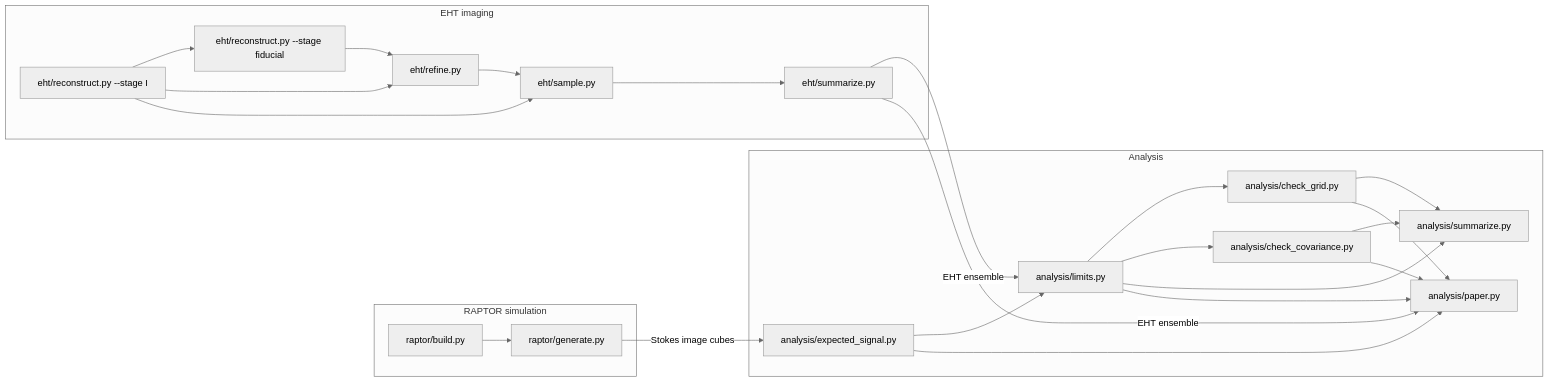
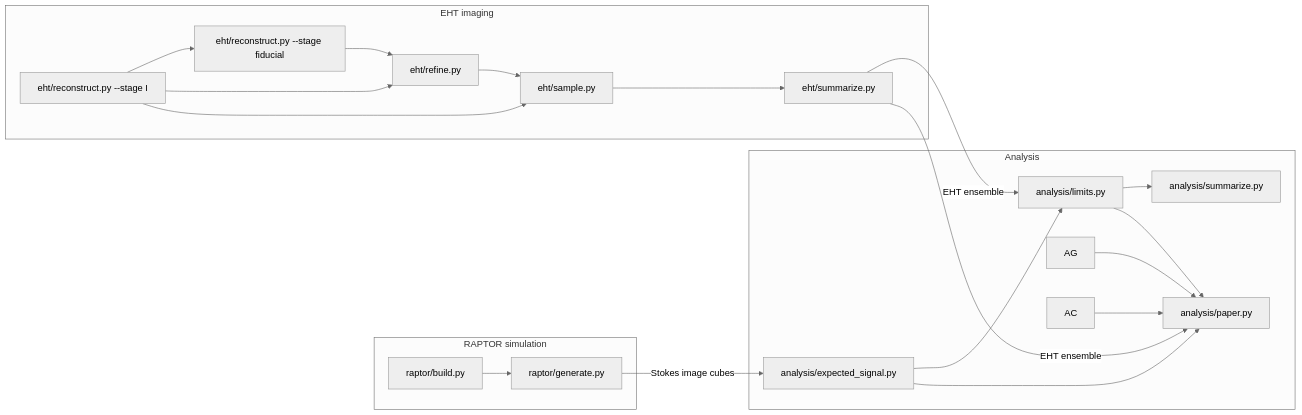
The diagram in docs/en/overview.md (ProjectEHT-PKU/EHT-axion-pixel-by-pixel-analysis), drawn with Mermaid (neutral theme) before and after one commit. The commit also changed other lines of this file and 22 other files, not shown here.

Commit message:
Remove the three numerical-check stages (check-grid, check-prior, check-covariance) and their scripts, tasks, summary/paper inputs and docs

````diff
--- a/docs/en/overview.md
+++ b/docs/en/overview.md
@@ -16,29 +16,25 @@
 ```mermaid
 flowchart LR
   subgraph RAPTOR["RAPTOR simulation"]
     RB["raptor/build.py"] --> RG["raptor/generate.py"]
   end
   subgraph EHT["EHT imaging"]
     EI["eht/reconstruct.py --stage I"] --> EF["eht/reconstruct.py --stage fiducial"]
     EF --> ER["eht/refine.py"]
     EI --> ER
     ER --> ES["eht/sample.py"]
     EI --> ES
     ES --> EM["eht/summarize.py"]
   end
   subgraph AN["Analysis"]
     AT["analysis/expected_signal.py"] --> AL["analysis/limits.py"]
-    AL --> AG["analysis/check_grid.py"]
-    AL --> AC["analysis/check_covariance.py"]
     AL --> AS["analysis/summarize.py"]
-    AG --> AS
-    AC --> AS
     AT --> AP["analysis/paper.py"]
     AL --> AP
     AG --> AP
     AC --> AP
   end
   RG -- "Stokes image cubes" --> AT
   EM -- "EHT ensemble" --> AL
   EM -- "EHT ensemble" --> AP
 ```
````
